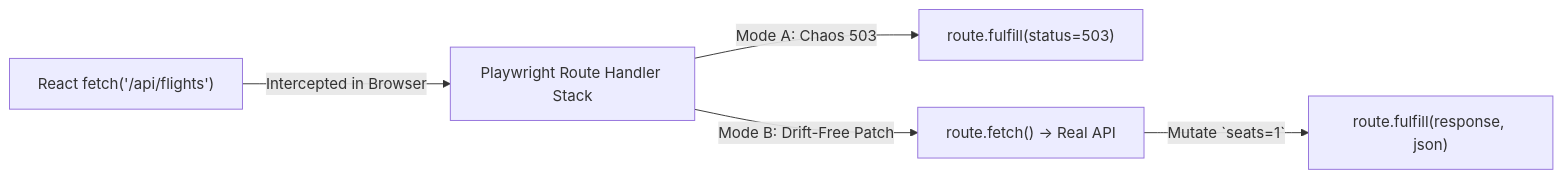
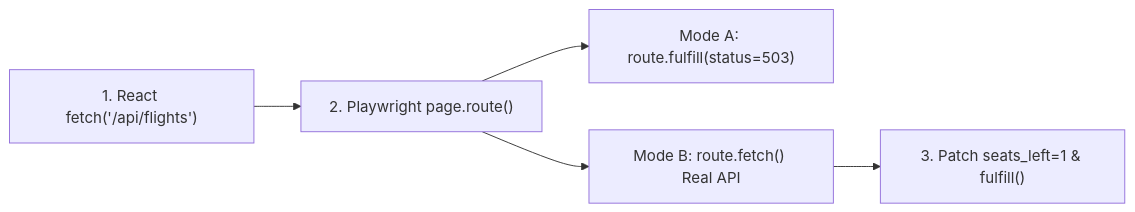
Before and after one commit to manjunathk833/codingforinterviews: the diagram in knowledgebase/03-ui-automation-playwright/07-network-interception-route-and-har-replay.md, drawn with Mermaid. The commit also changed other lines of this file and 55 other files, not shown here.

````diff
--- a/knowledgebase/03-ui-automation-playwright/07-network-interception-route-and-har-replay.md
+++ b/knowledgebase/03-ui-automation-playwright/07-network-interception-route-and-har-replay.md
@@ -70,7 +110,7 @@
 ```mermaid
 flowchart LR
-  UI["React fetch('/api/flights')"] -->|Intercepted in Browser| Router["Playwright Route Handler Stack"]
-  Router -->|Mode A: Chaos 503| Fulfill["route.fulfill(status=503)"]
-  Router -->|Mode B: Drift-Free Patch| Fetch["route.fetch() -> Real API"]
-  Fetch -->|Mutate `seats=1`| Mutated["route.fulfill(response, json)"]
+  UI["1. React fetch('/api/flights')"] --> Route["2. Playwright page.route()"]
+  Route --> Fulfill["Mode A: route.fulfill(status=503)"]
+  Route --> Fetch["Mode B: route.fetch() Real API"]
+  Fetch --> Patch["3. Patch seats_left=1 & fulfill()"]
 ```
````
